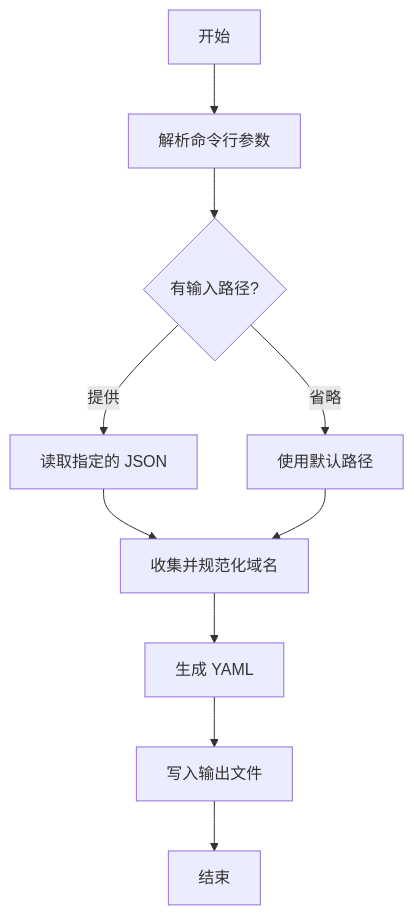
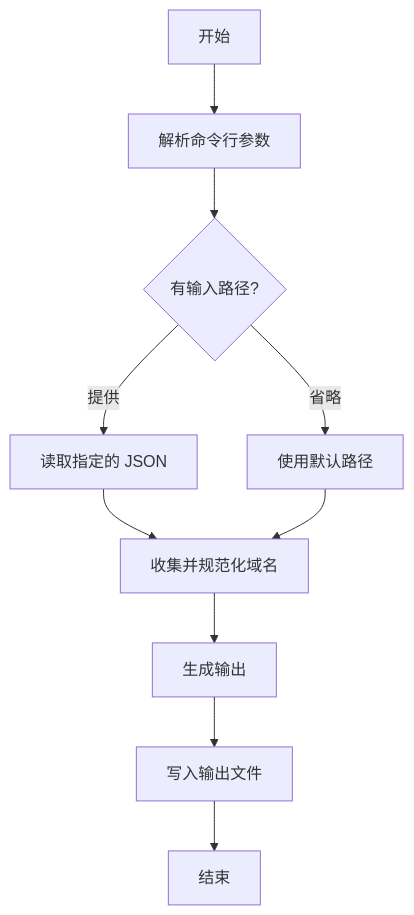
Before and after one commit to lazebird/tvconfig2clash-action: the diagram in README_zh.md, drawn with Mermaid. The commit also changed other lines of this file and 10 other files, not shown here.

````diff
--- a/README_zh.md
+++ b/README_zh.md
@@ -84,11 +125,11 @@
 ```mermaid
 flowchart TD
     A[开始] --> B[解析命令行参数]
     B --> C{有输入路径?}
     C -- 提供 --> D[读取指定的 JSON]
     C -- 省略 --> E[使用默认路径]
     D & E --> F[收集并规范化域名]
-    F --> G[生成 YAML]
+    F --> G[生成输出]
     G --> H[写入输出文件]
     H --> I[结束]
 ```
````
